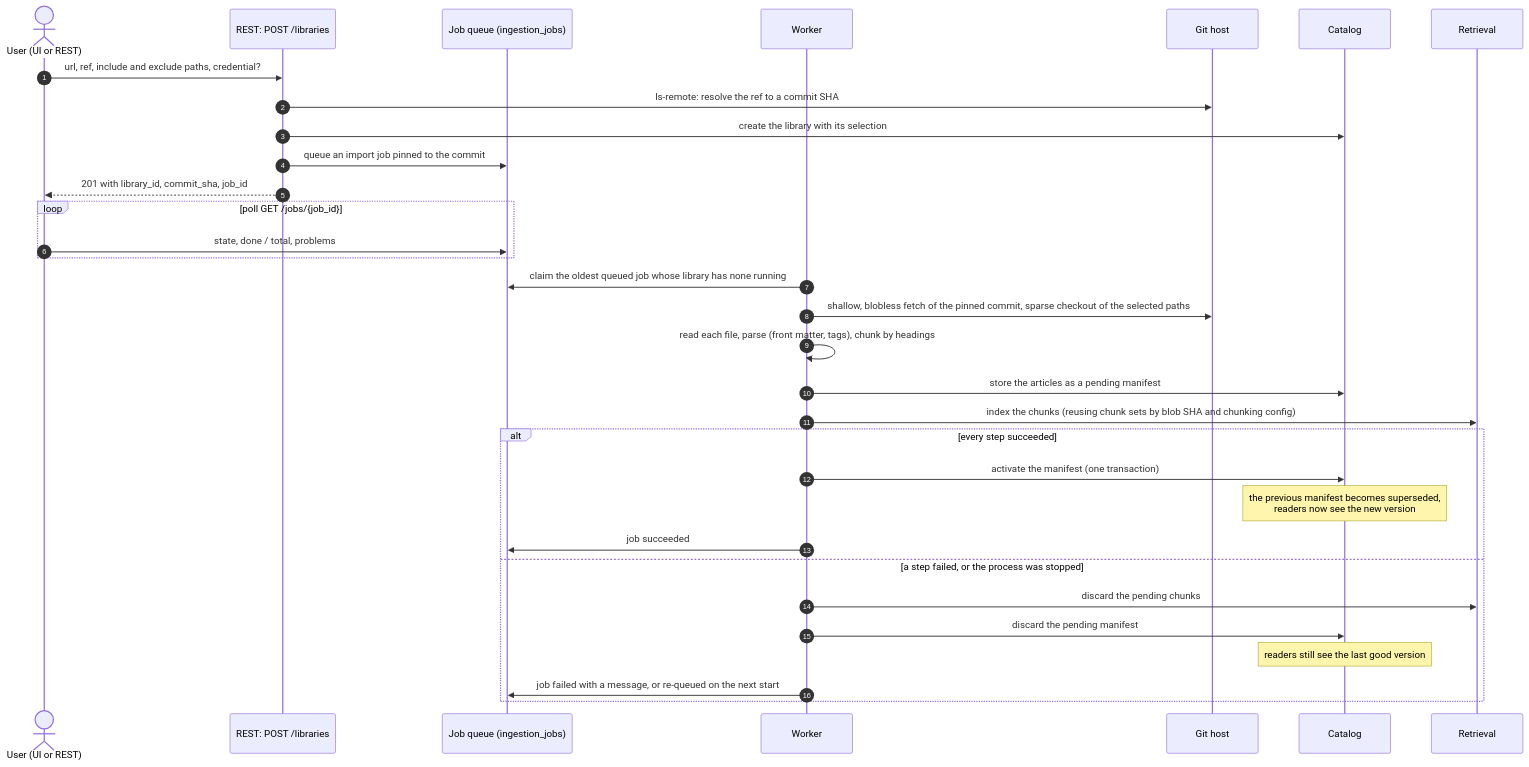
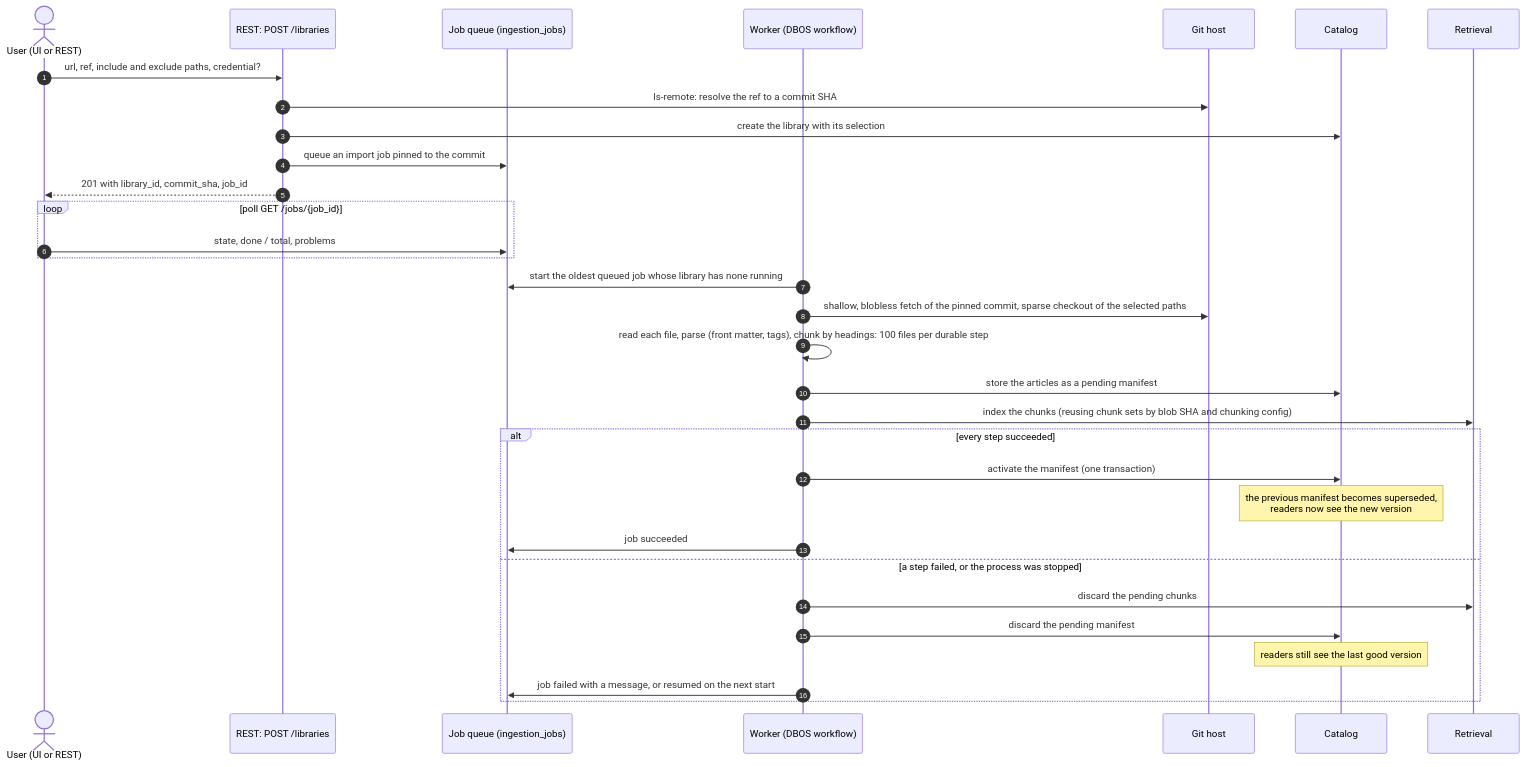
The first of 5 diagrams in docs/flows.md (SirCypkowskyy/ExactDocs), drawn with Mermaid before and after one commit. The commit also changed other lines of this file and 51 other files, not shown here.

````diff
--- a/docs/flows.md
+++ b/docs/flows.md
@@ -12,35 +12,35 @@
 ```mermaid
 sequenceDiagram
     autonumber
     actor U as User (UI or REST)
     participant API as REST: POST /libraries
     participant Q as Job queue (ingestion_jobs)
-    participant W as Worker
+    participant W as Worker (DBOS workflow)
     participant G as Git host
     participant C as Catalog
     participant R as Retrieval
 
     U->>API: url, ref, include and exclude paths, credential?
     API->>G: ls-remote: resolve the ref to a commit SHA
     API->>C: create the library with its selection
     API->>Q: queue an import job pinned to the commit
     API-->>U: 201 with library_id, commit_sha, job_id
     loop poll GET /jobs/{job_id}
         U->>Q: state, done / total, problems
     end
-    W->>Q: claim the oldest queued job whose library has none running
+    W->>Q: start the oldest queued job whose library has none running
     W->>G: shallow, blobless fetch of the pinned commit, sparse checkout of the selected paths
-    W->>W: read each file, parse (front matter, tags), chunk by headings
+    W->>W: read each file, parse (front matter, tags), chunk by headings: 100 files per durable step
     W->>C: store the articles as a pending manifest
     W->>R: index the chunks (reusing chunk sets by blob SHA and chunking config)
     alt every step succeeded
         W->>C: activate the manifest (one transaction)
         Note over C: the previous manifest becomes superseded,<br/>readers now see the new version
         W->>Q: job succeeded
     else a step failed, or the process was stopped
         W->>R: discard the pending chunks
         W->>C: discard the pending manifest
         Note over C: readers still see the last good version
-        W->>Q: job failed with a message, or re-queued on the next start
+        W->>Q: job failed with a message, or resumed on the next start
     end
 ```
````
